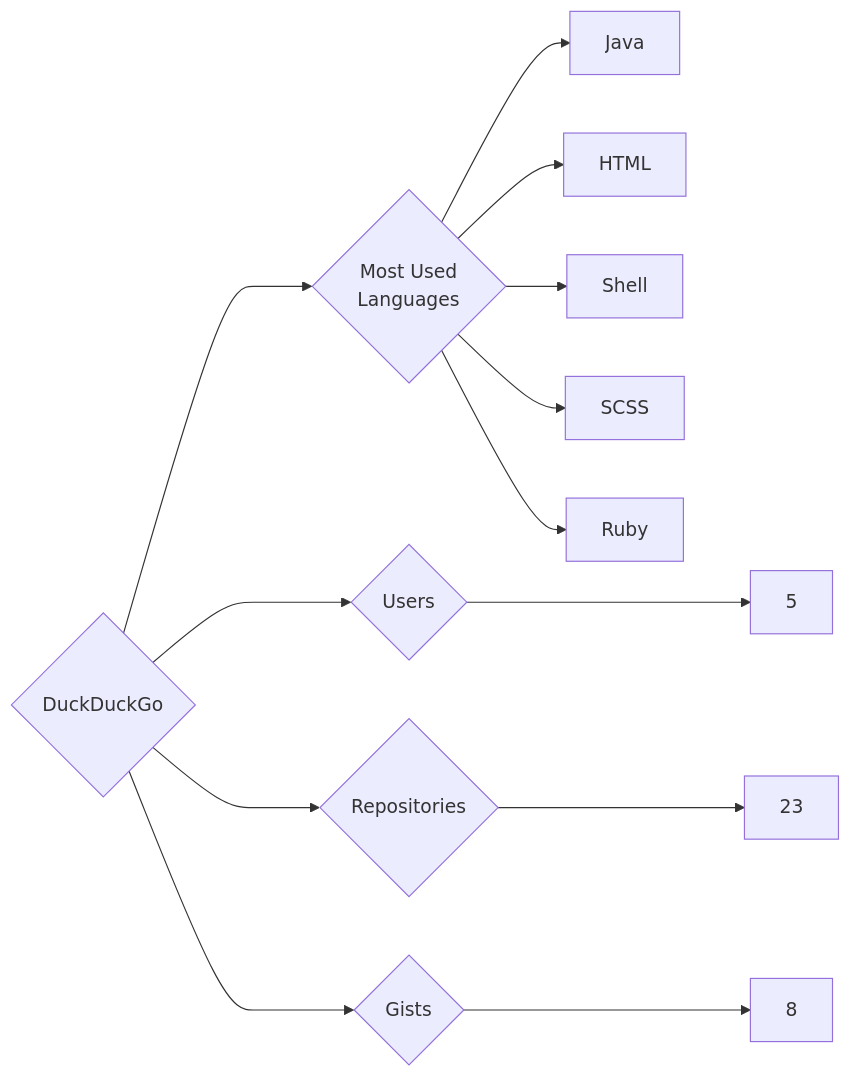
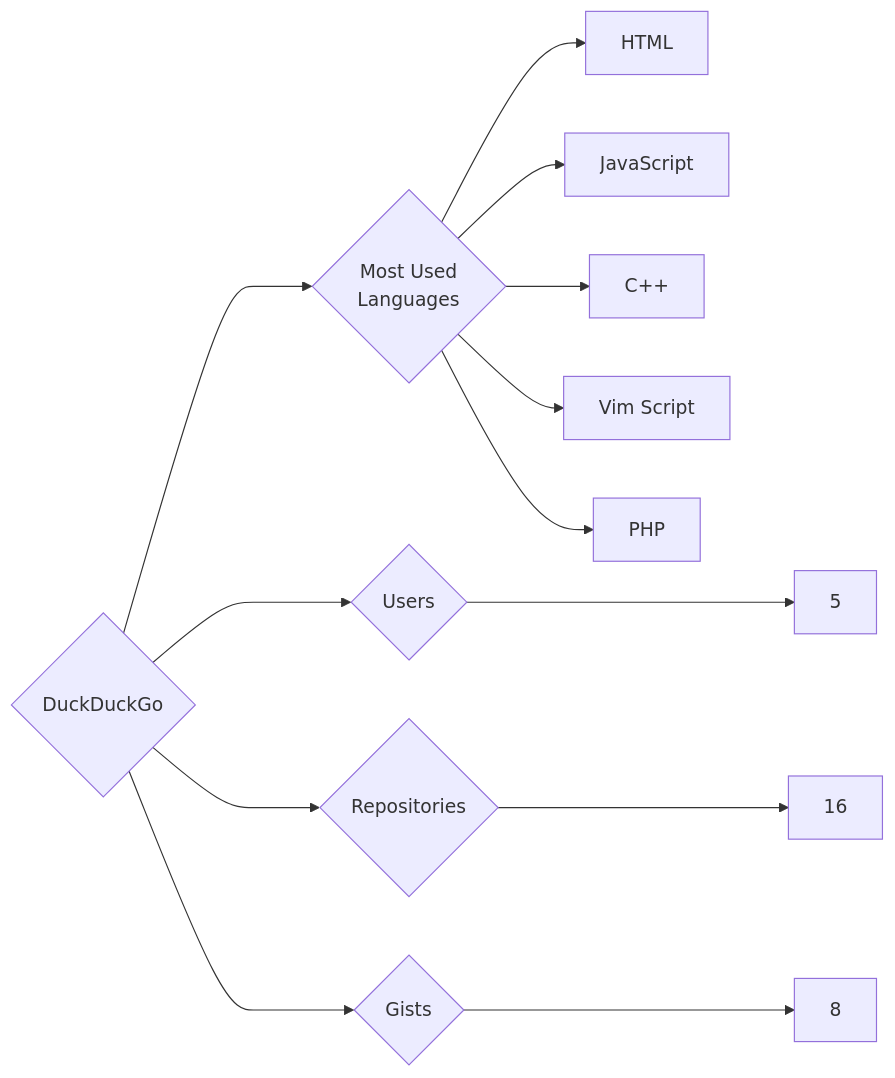
One commit to trickest/insiders changed the diagram in targets/DuckDuckGo/README.md. Above: the diagram before and after it, drawn with Mermaid. The commit also changed 880 other files, not shown here.

````diff
--- a/targets/DuckDuckGo/README.md
+++ b/targets/DuckDuckGo/README.md
@@ -3,13 +3,13 @@
 ```mermaid
 graph LR
 COMPANY_NAME{DuckDuckGo}
 COMPANY_NAME ---> U{Users} ---> UN[5]
-COMPANY_NAME ---> R{Repositories} ---> RN[23]
+COMPANY_NAME ---> R{Repositories} ---> RN[16]
 COMPANY_NAME ---> G{Gists} ---> GN[8]
 COMPANY_NAME ---> ML{Most Used<br>Languages}
-ML --> Java[Java]
 ML --> HTML[HTML]
-ML --> Shell[Shell]
-ML --> SCSS[SCSS]
-ML --> Ruby[Ruby]
+ML --> JavaScript[JavaScript]
+ML --> C++[C++]
+ML --> Vim_Script[Vim Script]
+ML --> PHP[PHP]
 ```
````
